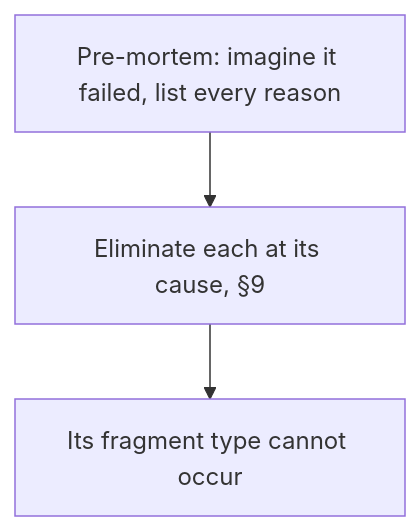
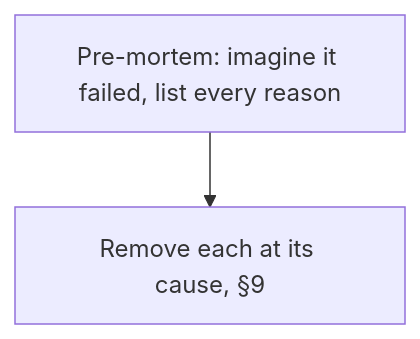
The first of 2 diagrams in README.md (SolenixAI/arbiter), drawn with Mermaid before and after one commit. The commit also changed 1 other file, not shown here.

Commit message:
fix(agents): restore every rule the token pass dropped; one form never drifts
A fresh lost-rule diff found 10 dropped rules and 3 meaning shifts; all
are back in all three forms: never work around an outside cause, never
continue as if a failed call passed, keep working at a tool gap, else a
file the user can open, the full source list, read the whole change, OKF
in every store, a fresh reviewer checks the triple, seeds for the
tribonacci, score/probability/confidence, "generates arbitrary success",
mode from the surface. Diagram drift fixed (one pathway, highest score
first, finding = contradiction). Pointers fixed: never destroy is §9; a
raw signal is the reference in §13. README diagram matches the pre-mortem
rule (CodeRabbit). 14,154 -> 11,530 o200k tokens (-18.5%).

````diff
--- a/README.md
+++ b/README.md
@@ -50,4 +50,4 @@
 ```mermaid
 flowchart TD
-  PM["Pre-mortem: imagine it failed, list every reason"] --> P["Eliminate each at its cause, §9"] --> Q["Its fragment type cannot occur"]
+  PM["Pre-mortem: imagine it failed, list every reason"] --> P["Remove each at its cause, §9"]
 ```
````
